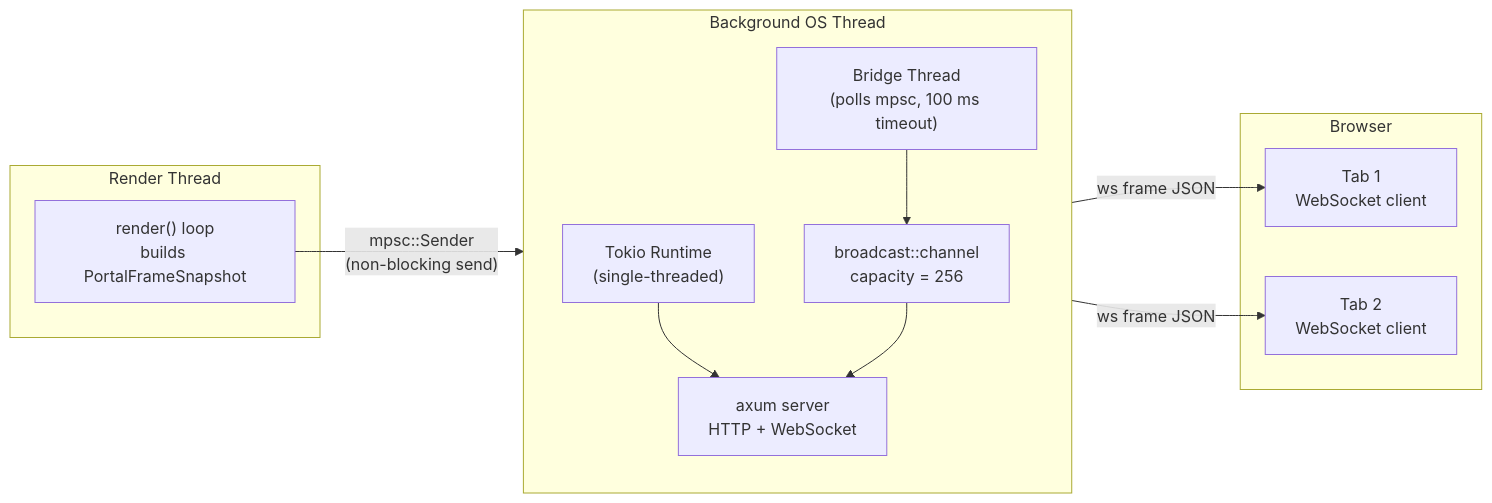
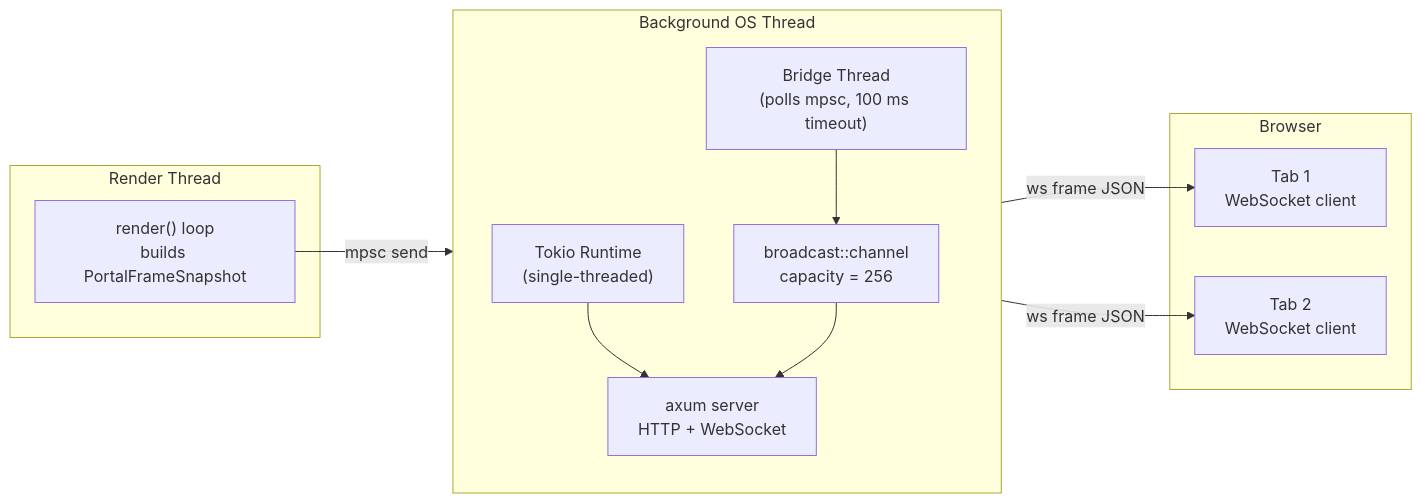
One commit to Far-Beyond-Pulsar/docs changed the first of 4 diagrams in public/docs/core-concepts/Helio/live-portal.md. Above: the diagram before and after it, drawn with Mermaid. The commit also changed other lines of this file and 11 other files, not shown here.

````diff
--- a/public/docs/core-concepts/Helio/live-portal.md
+++ b/public/docs/core-concepts/Helio/live-portal.md
@@ -96,26 +96,26 @@
 ```mermaid
 flowchart LR
     subgraph Render Thread
         RT["render() loop\nbuilds PortalFrameSnapshot"]
     end
 
     subgraph Background OS Thread
         direction TB
         BT["Bridge Thread\n(polls mpsc, 100 ms timeout)"]
         TK["Tokio Runtime\n(single-threaded)"]
         AX["axum server\nHTTP + WebSocket"]
         BC["broadcast::channel\ncapacity = 256"]
         BT --> BC
         TK --> AX
         BC --> AX
     end
 
     subgraph Browser
         WS1["Tab 1\nWebSocket client"]
         WS2["Tab 2\nWebSocket client"]
     end
 
-    RT -->|"mpsc::Sender\n(non-blocking send)"| BT
+    RT -->|mpsc send| BT
     AX -->|"ws frame JSON"| WS1
     AX -->|"ws frame JSON"| WS2
 ```
````
